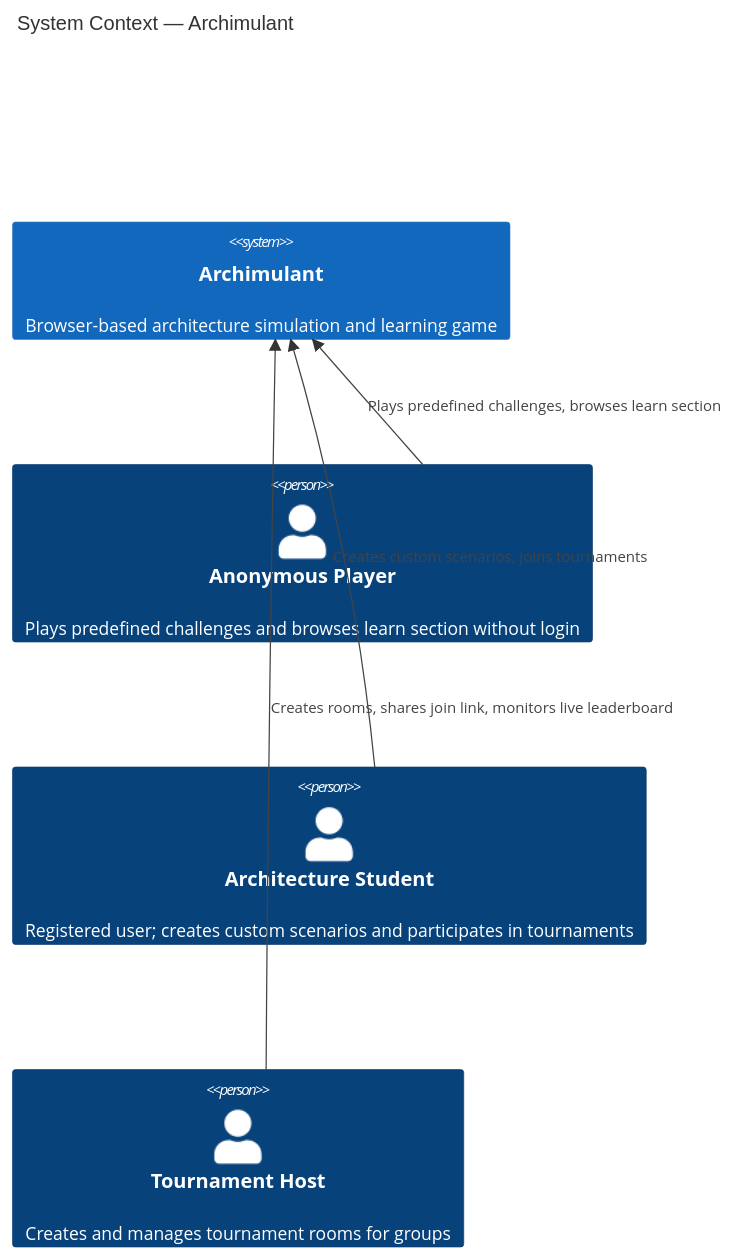
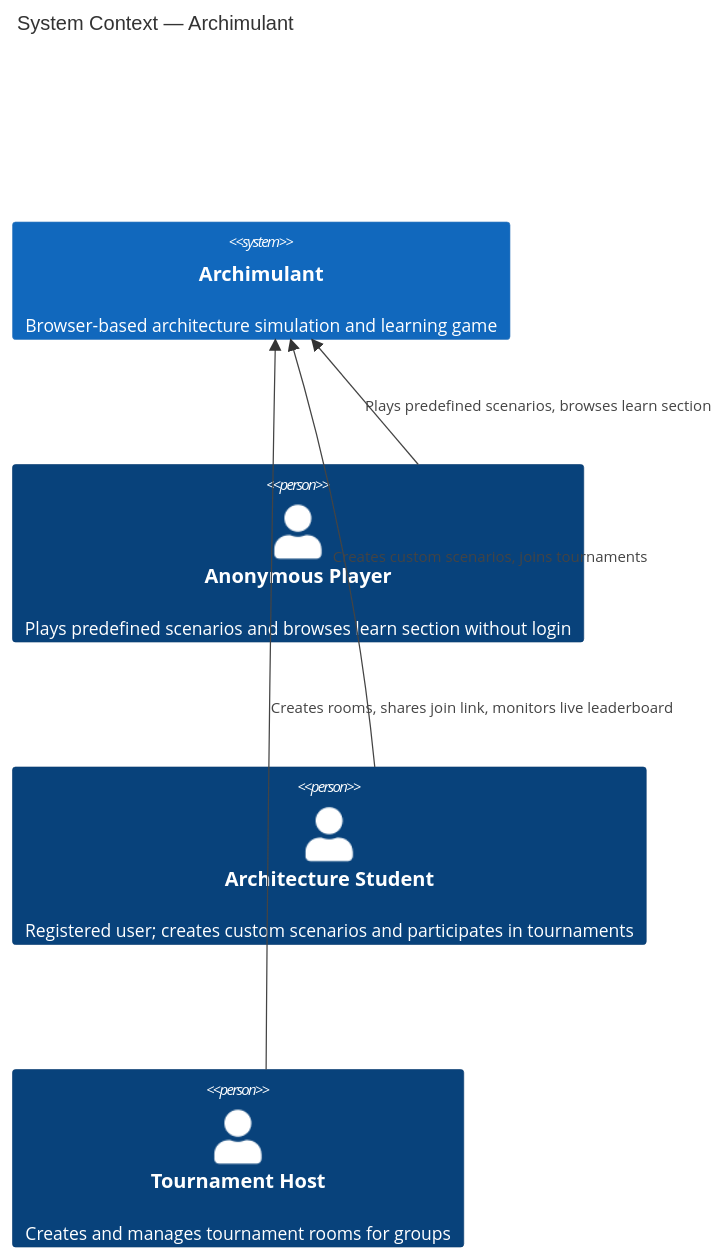
One commit to toblu96/archimulant changed the first of 6 diagrams in docs/arc42/arc42.md. Above: the diagram before and after it, drawn with Mermaid. The commit also changed other lines of this file and 15 other files, not shown here.

````diff
--- a/docs/arc42/arc42.md
+++ b/docs/arc42/arc42.md
@@ -106,11 +106,11 @@
 ```mermaid
 C4Context
     title System Context — Archimulant
     System(archimulant, "Archimulant", "Browser-based architecture simulation and learning game")
-    Person(anon, "Anonymous Player", "Plays predefined challenges and browses learn section without login")
+    Person(anon, "Anonymous Player", "Plays predefined scenarios and browses learn section without login")
     Person(student, "Architecture Student", "Registered user; creates custom scenarios and participates in tournaments")
     Person(host, "Tournament Host", "Creates and manages tournament rooms for groups")
-    Rel(anon, archimulant, "Plays predefined challenges, browses learn section")
+    Rel(anon, archimulant, "Plays predefined scenarios, browses learn section")
     Rel(student, archimulant, "Creates custom scenarios, joins tournaments")
     Rel(host, archimulant, "Creates rooms, shares join link, monitors live leaderboard")
 ```
````
